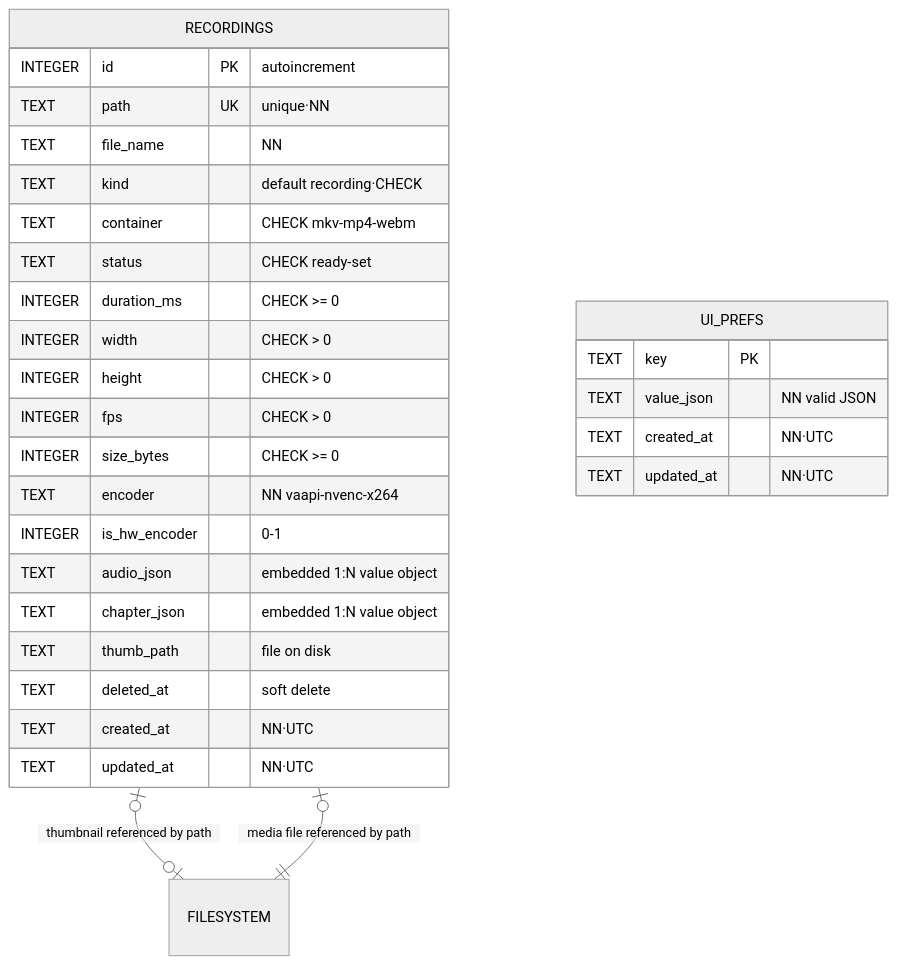
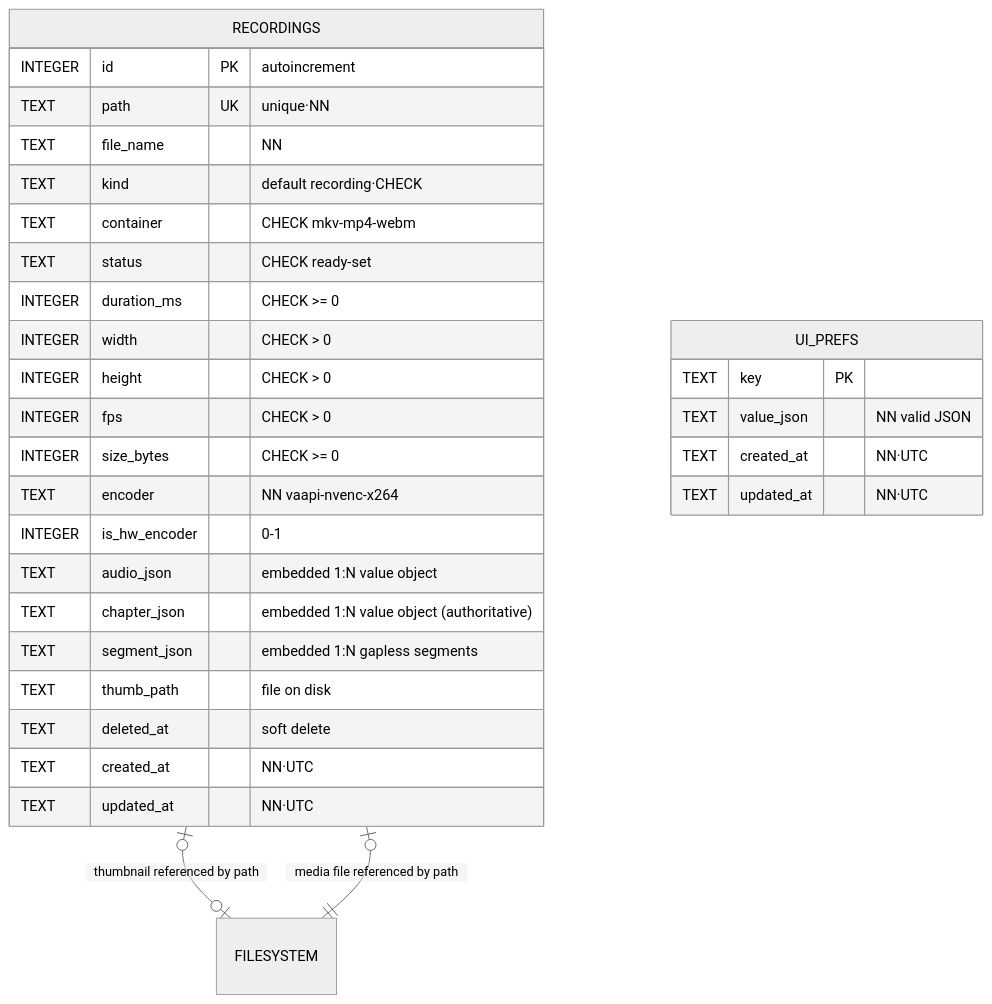
The diagram in DATABASE.md (zvirox/screen-studio-pro), drawn with Mermaid (neutral theme) before and after one commit. The commit also changed other lines of this file and 42 other files, not shown here.

````diff
--- a/DATABASE.md
+++ b/DATABASE.md
@@ -75,32 +77,33 @@
 ```mermaid
 erDiagram
     RECORDINGS {
         INTEGER id PK "autoincrement"
         TEXT path UK "unique·NN"
         TEXT file_name "NN"
         TEXT kind "default recording·CHECK"
         TEXT container "CHECK mkv-mp4-webm"
         TEXT status "CHECK ready-set"
         INTEGER duration_ms "CHECK >= 0"
         INTEGER width "CHECK > 0"
         INTEGER height "CHECK > 0"
         INTEGER fps "CHECK > 0"
         INTEGER size_bytes "CHECK >= 0"
         TEXT encoder "NN vaapi-nvenc-x264"
         INTEGER is_hw_encoder "0-1"
         TEXT audio_json "embedded 1:N value object"
-        TEXT chapter_json "embedded 1:N value object"
+        TEXT chapter_json "embedded 1:N value object (authoritative)"
+        TEXT segment_json "embedded 1:N gapless segments"
         TEXT thumb_path "file on disk"
         TEXT deleted_at "soft delete"
         TEXT created_at "NN·UTC"
         TEXT updated_at "NN·UTC"
     }
     UI_PREFS {
         TEXT key PK
         TEXT value_json "NN valid JSON"
         TEXT created_at "NN·UTC"
         TEXT updated_at "NN·UTC"
     }
     FILESYSTEM ||--o| RECORDINGS : "media file referenced by path"
     RECORDINGS |o--o| FILESYSTEM : "thumbnail referenced by path"
 ```
````
